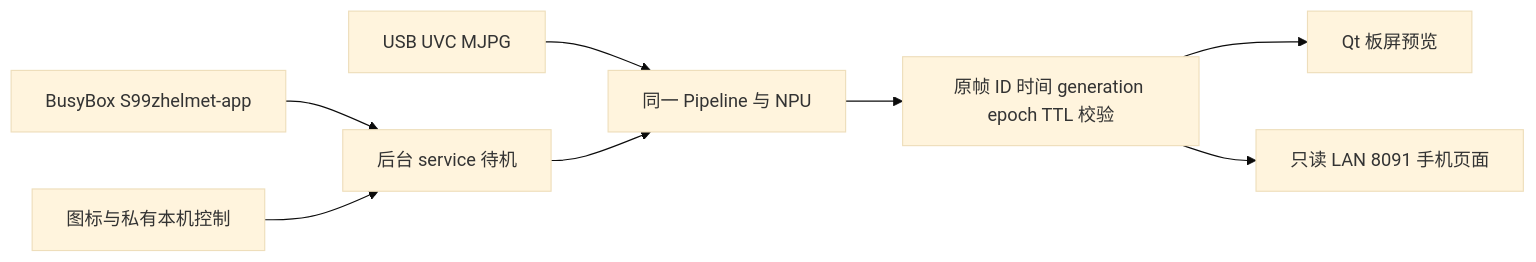
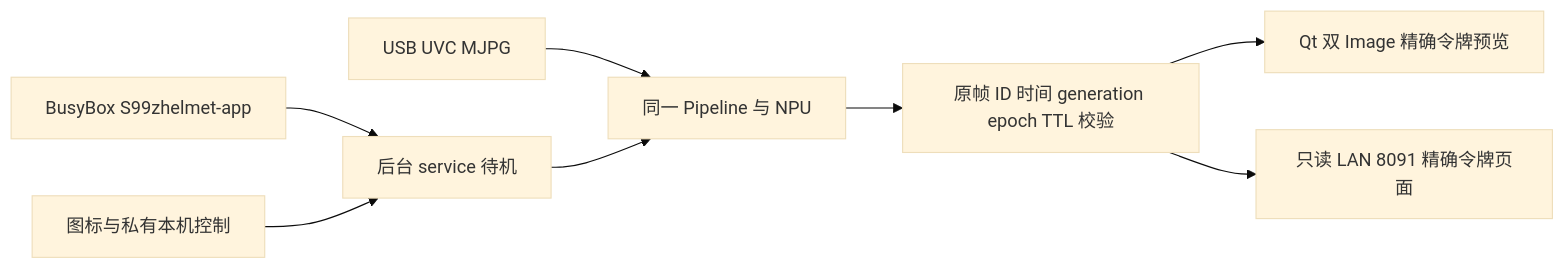
The first of 2 diagrams in docs/项目蓝图与完整手册.md (0tinna/helmet-detection-RK3568), drawn with Mermaid (base theme) before and after one commit. The commit also changed other lines of this file and 78 other files, not shown here.

````diff
--- a/docs/项目蓝图与完整手册.md
+++ b/docs/项目蓝图与完整手册.md
@@ -96,10 +96,10 @@
 ```mermaid
 flowchart LR
   U[USB UVC MJPG] --> P[同一 Pipeline 与 NPU]
   P --> V[原帧 ID 时间 generation epoch TTL 校验]
-  V --> Q[Qt 板屏预览]
-  V --> L[只读 LAN 8091 手机页面]
+  V --> Q[Qt 双 Image 精确令牌预览]
+  V --> L[只读 LAN 8091 精确令牌页面]
   I[BusyBox S99zhelmet-app] --> S[后台 service 待机]
   C[图标与私有本机控制] --> S
   S --> P
 ```
````
